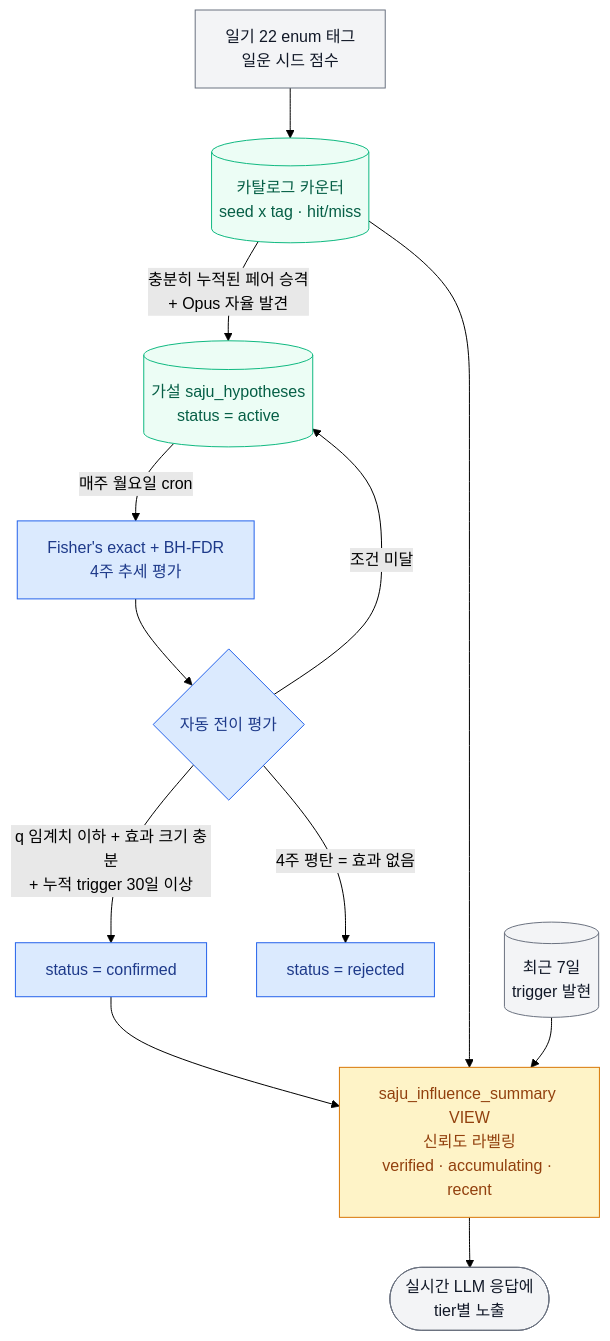
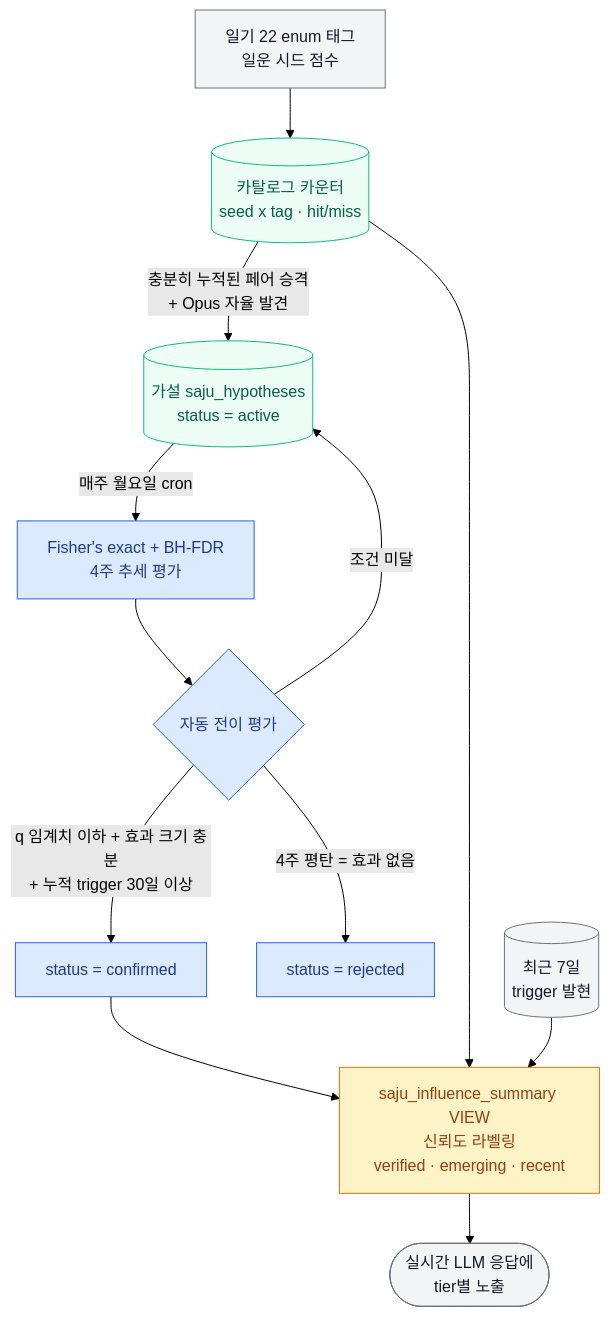
Before and after one commit to hyewon3938/slack-ai-agents: the third of 4 diagrams in README.md, drawn with Mermaid (forest theme). The commit also changed other lines of this file and 17 other files, not shown here.

````diff
--- a/README.md
+++ b/README.md
@@ -116,25 +116,25 @@
 ```mermaid
 graph TB
     D[일기 22 enum 태그<br/>일운 시드 점수] --> CAT[(카탈로그 카운터<br/>seed x tag · hit/miss)]
     CAT -->|충분히 누적된 페어 승격<br/>+ Opus 자율 발견| H[(가설 saju_hypotheses<br/>status = active)]
     H -->|매주 월요일 cron| ST[Fisher's exact + BH-FDR<br/>4주 추세 평가]
     ST --> V{자동 전이 평가}
     V -->|q 임계치 이하 + 효과 크기 충분<br/>+ 누적 trigger 30일 이상| CF[status = confirmed]
     V -->|4주 평탄 = 효과 없음| RJ[status = rejected]
     V -->|조건 미달| H
 
     CF --> VIEW
     CAT --> VIEW
     REC[(최근 7일<br/>trigger 발현)] --> VIEW
-    VIEW[saju_influence_summary VIEW<br/>신뢰도 라벨링<br/>verified · accumulating · recent]
+    VIEW[saju_influence_summary VIEW<br/>신뢰도 라벨링<br/>verified · emerging · recent]
     VIEW --> O([실시간 LLM 응답에<br/>tier별 노출])
 
     classDef io fill:#f3f4f6,stroke:#6b7280,color:#111827
     classDef stat fill:#dbeafe,stroke:#2563eb,color:#1e3a8a
     classDef store fill:#ecfdf5,stroke:#10b981,color:#065f46
     classDef view fill:#fef3c7,stroke:#d97706,color:#92400e
     class D,O,REC io
     class V,CF,RJ,ST stat
     class CAT,H store
     class VIEW view
 ```
````
